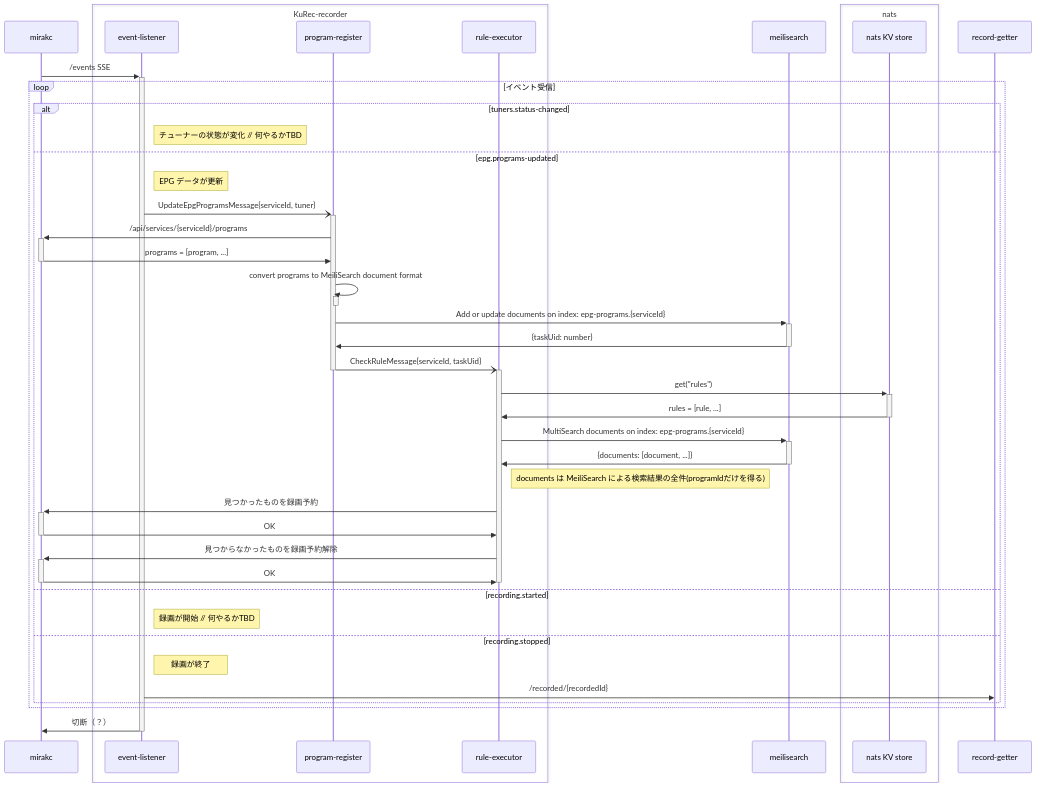
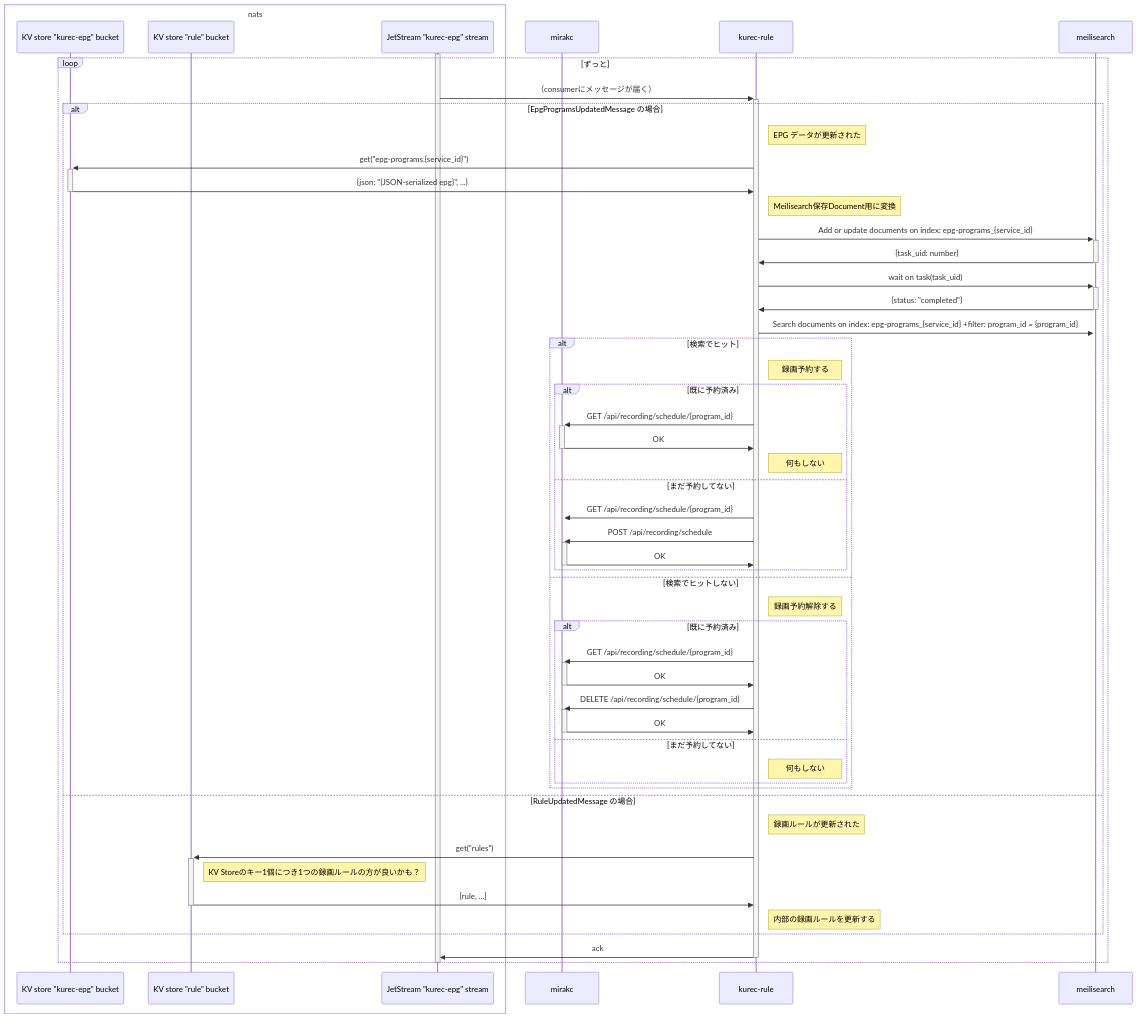
Before and after one commit to kurec-tool/kurec: the second of 3 diagrams in docs/sequence.md, drawn with Mermaid. The commit also changed other lines of this file and 9 other files, not shown here.

Commit message:
リファクタリングしながらシーケンス図書いて整理。動かないとこあるけど一旦上げる

````diff
--- a/docs/sequence.md
+++ b/docs/sequence.md
@@ -3,57 +57,66 @@
 ```mermaid
 sequenceDiagram
-    participant mirakc
-    box  KuRec-recorder
-        participant event-listener
-        participant program-register
-        participant rule-executor
+box nats
+    participant kv-bucket-epg as KV store "kurec-epg" bucket
+    participant kv-bucket-rule as KV store "rule" bucket
+    participant js-epg as JetStream "kurec-epg" stream
+end
+
+participant mirakc
+participant kurec-rule
+
+participant meilisearch
+
+activate js-epg
+loop ずっと
+    js-epg ->>+ kurec-rule: （consumerにメッセージが届く）
+
+    alt EpgProgramsUpdatedMessage の場合
+        note right of kurec-rule: EPG データが更新された
+        kurec-rule ->>+ kv-bucket-epg: get("epg-programs.{service_id}")
+        kv-bucket-epg ->>- kurec-rule: {json: "{JSON-serialized epg}", ...}
+
+        note right of kurec-rule: Meilisearch保存Document用に変換
+        kurec-rule ->>+ meilisearch: Add or update documents on index: epg-programs_{service_id}
+        meilisearch ->>- kurec-rule: {task_uid: number}
+
+        kurec-rule ->>+ meilisearch: wait on task(task_uid)
+        meilisearch ->>- kurec-rule: {status: "completed"}
+
+        kurec-rule ->>+ meilisearch: Search documents on index: epg-programs_{service_id} +filter: program_id = {program_id}
+
+        alt 検索でヒット
+            note right of kurec-rule: 録画予約する
+            alt 既に予約済み
+                kurec-rule ->>+ mirakc: GET /api/recording/schedule/{program_id}
+                mirakc ->>- kurec-rule: OK
+                note right of kurec-rule: 何もしない
+            else まだ予約してない
+                kurec-rule ->>+ mirakc: GET /api/recording/schedule/{program_id}
+                kurec-rule ->>+ mirakc: POST /api/recording/schedule
+                mirakc ->>- kurec-rule: OK
+            end
+        else 検索でヒットしない
+            note right of kurec-rule: 録画予約解除する
+            alt 既に予約済み
+                kurec-rule ->>+ mirakc: GET /api/recording/schedule/{program_id}
+                mirakc ->>- kurec-rule: OK
+                kurec-rule ->>+ mirakc: DELETE /api/recording/schedule/{program_id}
+                mirakc ->>- kurec-rule: OK
+            else まだ予約してない
+                note right of kurec-rule: 何もしない
+            end
+        end
+
+    else RuleUpdatedMessage の場合
+        note right of kurec-rule: 録画ルールが更新された
+        kurec-rule ->>+ kv-bucket-rule: get("rules")
+        note right of kv-bucket-rule: KV Storeのキー1個につき1つの録画ルールの方が良いかも？
+        kv-bucket-rule ->>- kurec-rule: [rule, ...]
+        note right of kurec-rule: 内部の録画ルールを更新する
     end
 
-    participant meilisearch
-
-    box nats
-        participant nats-kv as nats KV store
-    end
-
-    mirakc ->>+ event-listener: /events SSE
-    loop イベント受信
-        alt tuners.status-changed
-            note right of event-listener: チューナーの状態が変化 // 何やるかTBD
-        else epg.programs-updated
-            note right of event-listener: EPG データが更新
-            event-listener -)+ program-register: UpdateEpgProgramsMessage{serviceId, tuner}
-                program-register ->>+ mirakc: /api/services/{serviceId}/programs
-                mirakc ->>- program-register: programs = [program, ...]
-
-                program-register ->>+ program-register: convert programs to MeiliSearch document format
-                deactivate program-register
-
-                program-register ->>+ meilisearch: Add or update documents on index: epg-programs.{serviceId}
-                meilisearch ->>- program-register: {taskUid: number}
-                program-register -)+ rule-executor: CheckRuleMessage{serviceId, taskUid}
-            deactivate program-register
-
-            rule-executor ->>+ nats-kv: get("rules")
-            nats-kv ->>- rule-executor: rules = [rule, ...]
-
-            rule-executor ->>+ meilisearch: MultiSearch documents on index: epg-programs.{serviceId}
-            meilisearch ->>- rule-executor: {documents: [document, ...]}
-            note right of rule-executor:  documents は MeiliSearch による検索結果の全件(programIdだけを得る)
-
-            rule-executor ->>+ mirakc: 見つかったものを録画予約
-            mirakc ->>- rule-executor: OK
-
-            rule-executor ->>+ mirakc: 見つからなかったものを録画予約解除
-            mirakc ->>- rule-executor: OK
-
-            deactivate rule-executor
-        else recording.started
-            note right of event-listener: 録画が開始 // 何やるかTBD
-        else recording.stopped
-            note right of event-listener: 録画が終了
-            event-listener ->> record-getter: /recorded/{recordedId}
-        end
-    end
-
-    event-listener ->>- mirakc: 切断（？）
+    kurec-rule ->>- js-epg: ack
+end
+deactivate js-epg
 ```
````
